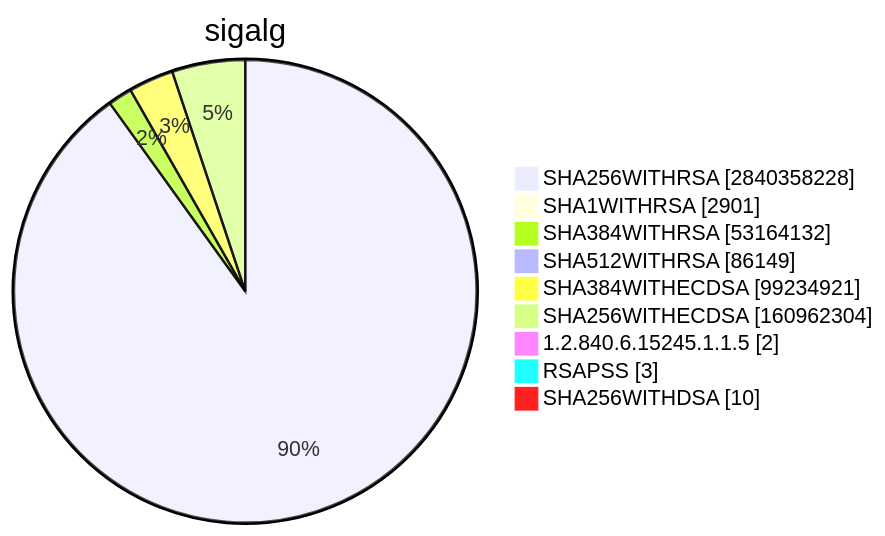
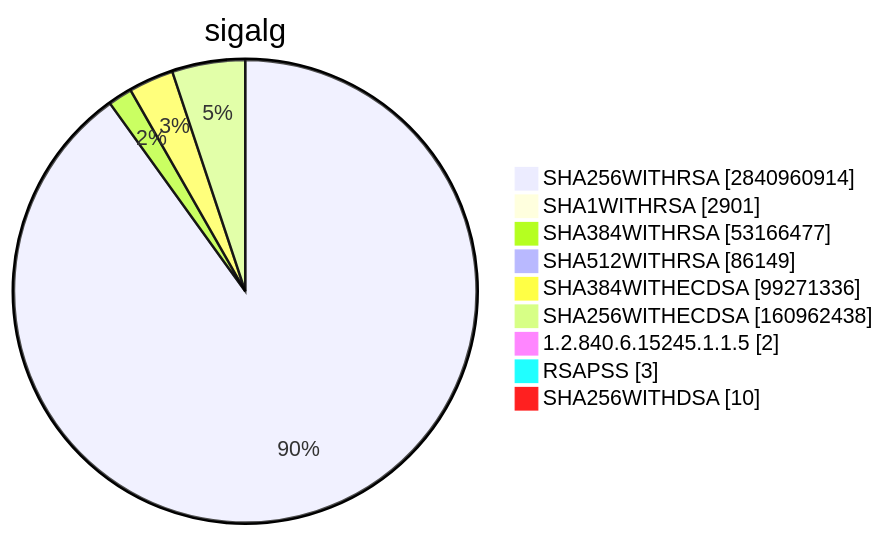
One commit to christiankrug/ctmonitor_visualization changed diagram 15 of 15 in TOTAL/README.md. Above: the diagram before and after it, drawn with Mermaid. The commit also changed other lines of this file, not shown here.

````diff
--- a/TOTAL/README.md
+++ b/TOTAL/README.md
@@ -6207,13 +6207,13 @@
 ```mermaid
 pie showData
 title sigalg
-"SHA256WITHRSA" :2840358228
+"SHA256WITHRSA" :2840960914
 "SHA1WITHRSA" :2901
-"SHA384WITHRSA" :53164132
+"SHA384WITHRSA" :53166477
 "SHA512WITHRSA" :86149
-"SHA384WITHECDSA" :99234921
-"SHA256WITHECDSA" :160962304
+"SHA384WITHECDSA" :99271336
+"SHA256WITHECDSA" :160962438
 "1.2.840.6.15245.1.1.5" :2
 "RSAPSS" :3
 "SHA256WITHDSA" :10
 ```
````
